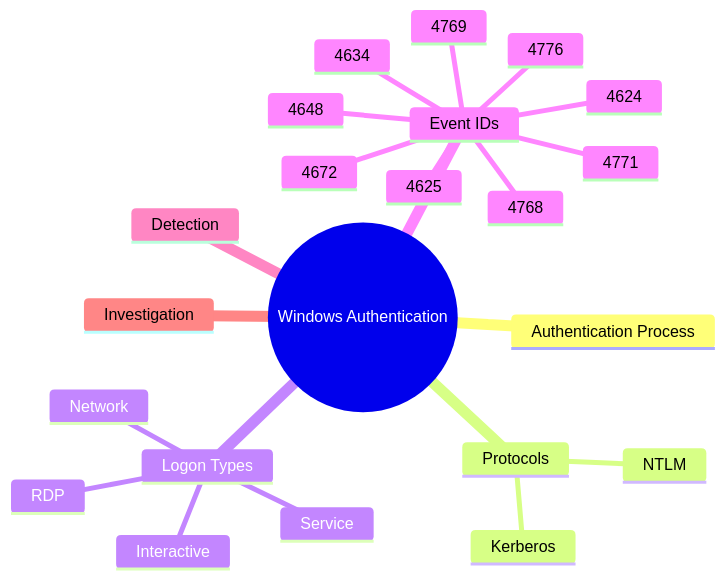
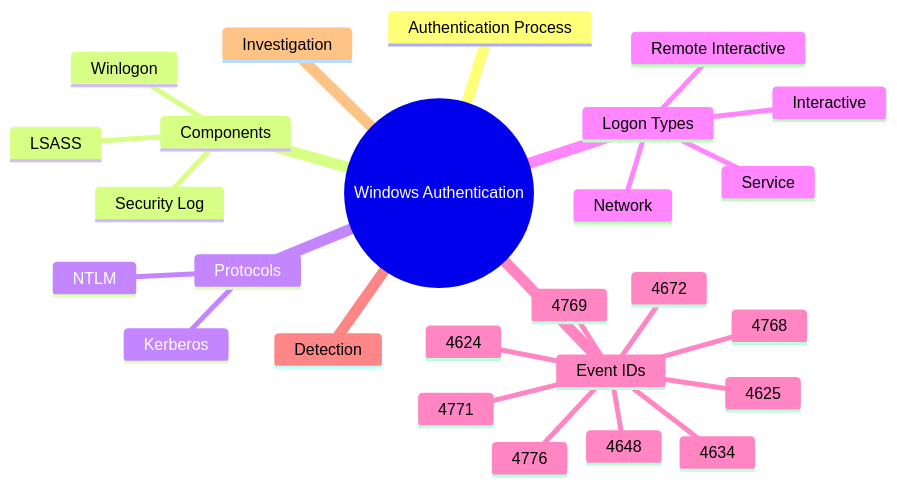
One commit to sadbattery/Windows-Event-IDs-Cheatsheet changed the first of 8 diagrams in docs/authentication.md. Above: the diagram before and after it, drawn with Mermaid. The commit also changed other lines of this file, not shown here.

````diff
--- a/docs/authentication.md
+++ b/docs/authentication.md
@@ -7,31 +58,36 @@
 ```mermaid
 mindmap
   root((Windows Authentication))
 
     Authentication Process
 
+    Components
+      Winlogon
+      LSASS
+      Security Log
+
     Protocols
-        Kerberos
-        NTLM
+      Kerberos
+      NTLM
 
     Logon Types
-        Interactive
-        Network
-        RDP
-        Service
+      Interactive
+      Network
+      Remote Interactive
+      Service
 
     Event IDs
-        4624
-        4625
-        4634
-        4648
-        4672
-        4768
-        4769
-        4771
-        4776
+      4624
+      4625
+      4634
+      4648
+      4672
+      4768
+      4769
+      4771
+      4776
 
     Detection
 
     Investigation
 ```
````
